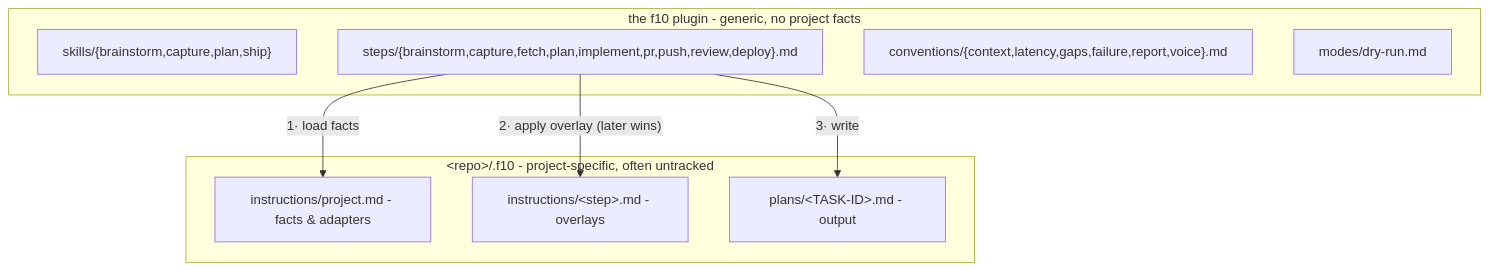
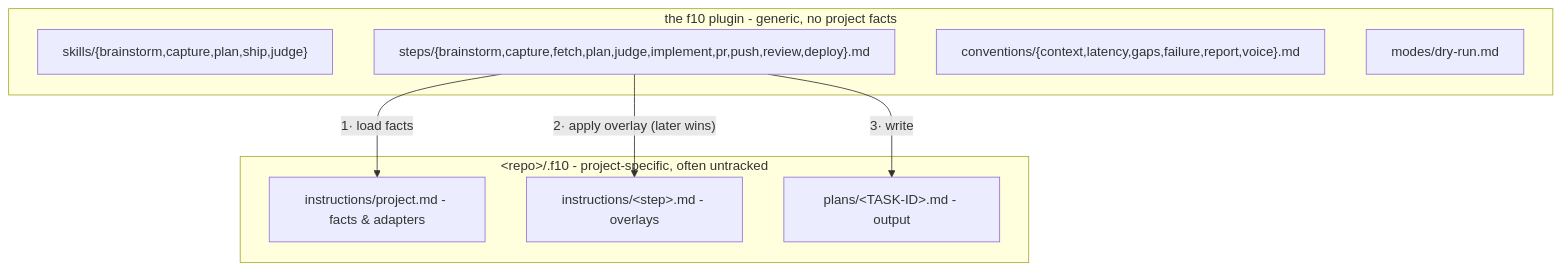
One commit to amberpixels/f10 changed the second of 2 diagrams in README.md. Above: the diagram before and after it, drawn with Mermaid. The commit also changed other lines of this file and 4 other files, not shown here.

````diff
--- a/README.md
+++ b/README.md
@@ -146,17 +163,17 @@
 ```mermaid
 flowchart TB
     subgraph plugin ["the f10 plugin - generic, no project facts"]
-        skills2["skills/{brainstorm,capture,plan,ship}"]
-        gsteps["steps/{brainstorm,capture,fetch,plan,implement,pr,push,review,deploy}.md"]
+        skills2["skills/{brainstorm,capture,plan,ship,judge}"]
+        gsteps["steps/{brainstorm,capture,fetch,plan,judge,implement,pr,push,review,deploy}.md"]
         conv["conventions/{context,latency,gaps,failure,report,voice}.md"]
         modes2["modes/dry-run.md"]
     end
     subgraph repo ["&lt;repo&gt;/.f10 - project-specific, often untracked"]
         proj["instructions/project.md - facts & adapters"]
         over["instructions/&lt;step&gt;.md - overlays"]
         plans2["plans/&lt;TASK-ID&gt;.md - output"]
     end
     gsteps -- "1· load facts" --> proj
     gsteps -- "2· apply overlay (later wins)" --> over
     gsteps -- "3· write" --> plans2
 ```
````
